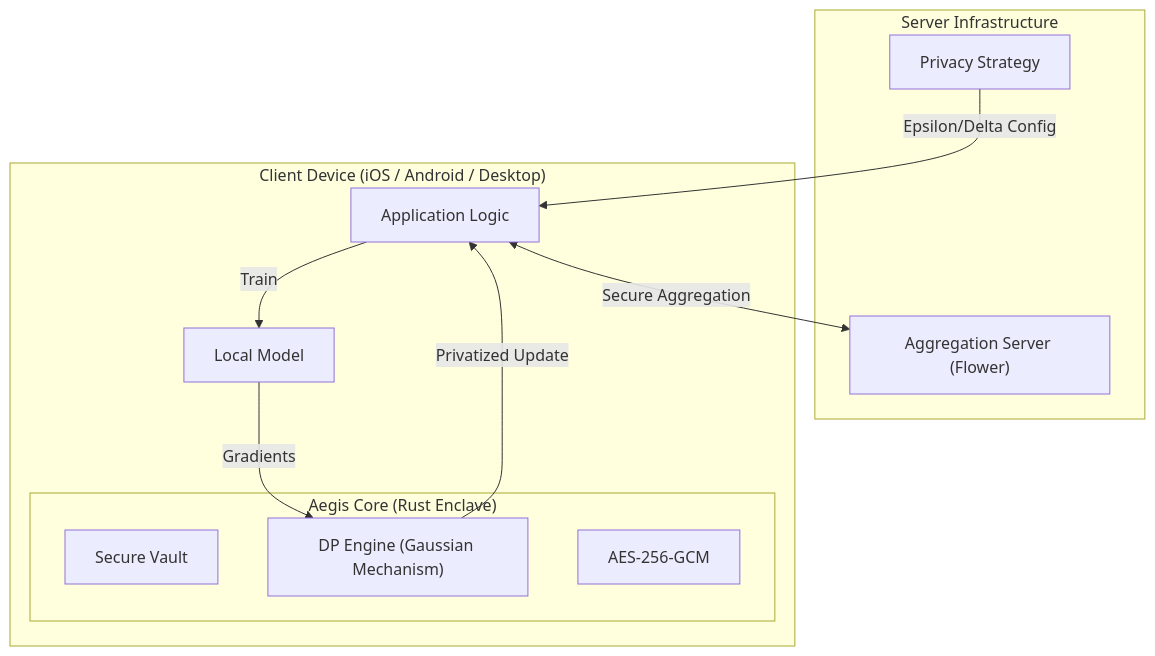
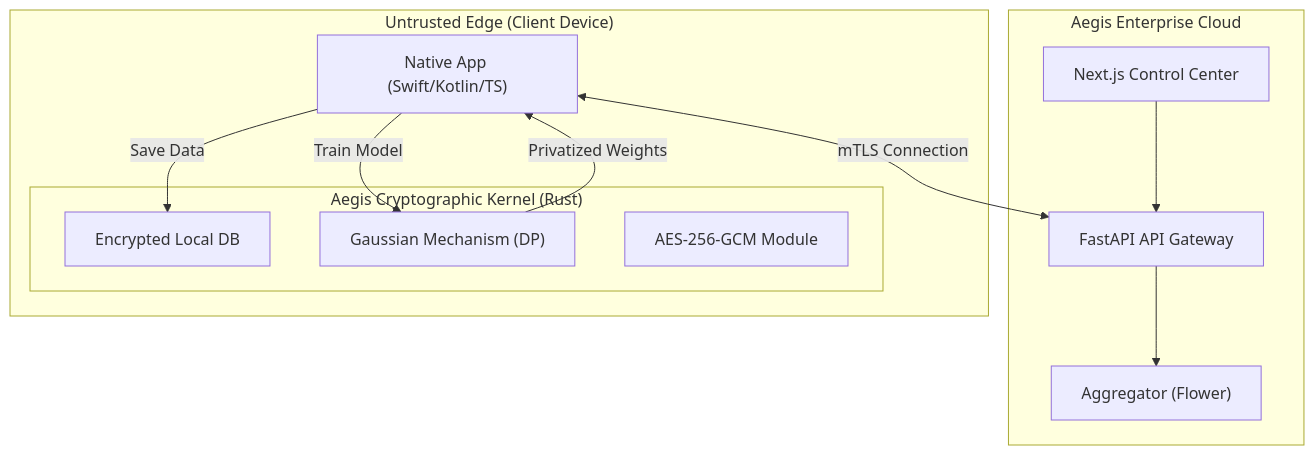
The diagram in README.md (Lingikaushikreddy/Aegis), drawn with Mermaid before and after one commit. The commit also changed other lines of this file, not shown here.

````diff
--- a/README.md
+++ b/README.md
@@ -61,24 +64,24 @@
 ```mermaid
 graph TD
-    subgraph "Server Infrastructure"
-        Server["Aggregation Server (Flower)"]
-        Policy["Privacy Strategy"]
+    subgraph "Aegis Enterprise Cloud"
+        UI["Next.js Control Center"] --> GW
+        GW["FastAPI API Gateway"] --> Server
+        Server["Aggregator (Flower)"]
     end
 
-    subgraph "Client Device (iOS / Android / Desktop)"
-        App["Application Logic"]
+    subgraph "Untrusted Edge (Client Device)"
+        App["Native App (Swift/Kotlin/TS)"]
         
-        subgraph "Aegis Core (Rust Enclave)"
-            Vault["Secure Vault"]
-            DP["DP Engine (Gaussian Mechanism)"]
-            Crypto["AES-256-GCM"]
+        subgraph "Aegis Cryptographic Kernel (Rust)"
+            Vault["Encrypted Local DB"]
+            DP["Gaussian Mechanism (DP)"]
+            Crypto["AES-256-GCM Module"]
         end
         
-        App -->|Train| Model["Local Model"]
-        Model -->|Gradients| DP
-        DP -->|Privatized Update| App
+        App -->|Train Model| DP
+        DP -->|Privatized Weights| App
+        App -->|Save Data| Vault
     end
     
-    App <-->|Secure Aggregation| Server
-    Policy -->|Epsilon/Delta Config| App
+    App <-->|mTLS Connection| GW
 ```
````
